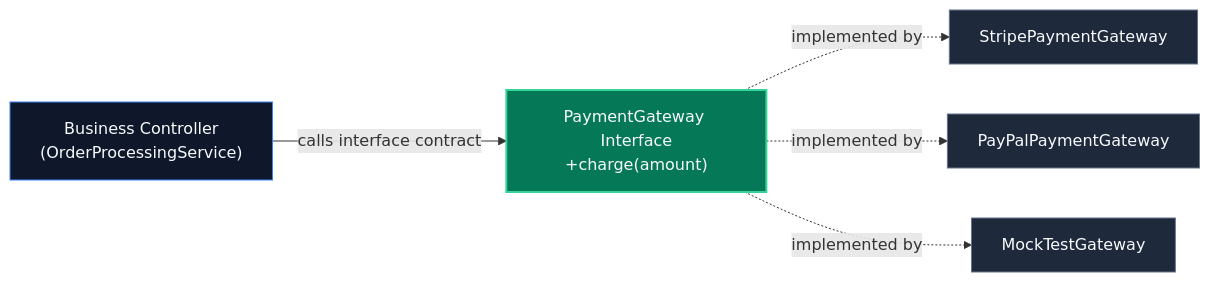
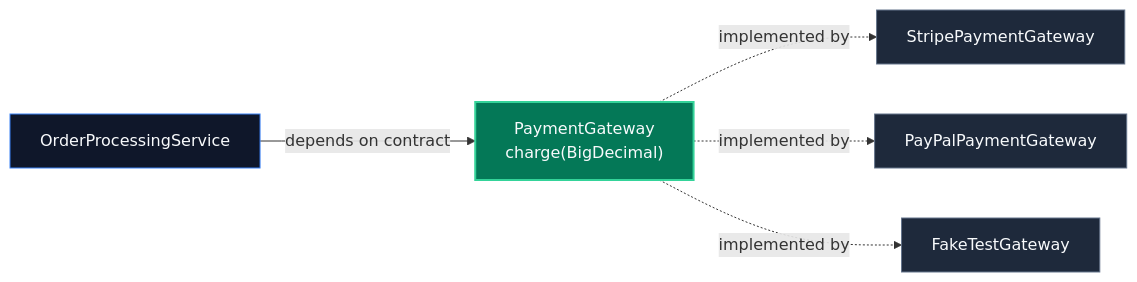
One commit to ravishankar2463/java_hub changed the first of 2 diagrams in content/roadmap/level-1/abstraction.md. Above: the diagram before and after it, drawn with Mermaid. The commit also changed other lines of this file and 119 other files, not shown here.

Commit message:
feat: add comprehensive java learning roadmap content across multiple levels

````diff
--- a/content/roadmap/level-1/abstraction.md
+++ b/content/roadmap/level-1/abstraction.md
@@ -28,13 +18,13 @@
 ```mermaid
 flowchart LR
-    Caller["Business Controller<br/>(OrderProcessingService)"] -->|"calls interface contract"| Contract["PaymentGateway Interface<br/>+charge(amount)"]
+    Caller["OrderProcessingService"] -->|"depends on contract"| Contract["PaymentGateway<br/>charge(BigDecimal)"]
     Contract -.->|"implemented by"| Imp1["StripePaymentGateway"]
     Contract -.->|"implemented by"| Imp2["PayPalPaymentGateway"]
-    Contract -.->|"implemented by"| Imp3["MockTestGateway"]
+    Contract -.->|"implemented by"| Imp3["FakeTestGateway"]
 
     style Caller fill:#0f172a,stroke:#3b82f6,color:#f8fafc
     style Contract fill:#047857,stroke:#34d399,stroke-width:2px,color:#f8fafc
     style Imp1 fill:#1e293b,stroke:#64748b,color:#f8fafc
     style Imp2 fill:#1e293b,stroke:#64748b,color:#f8fafc
     style Imp3 fill:#1e293b,stroke:#64748b,color:#f8fafc
 ```
````
